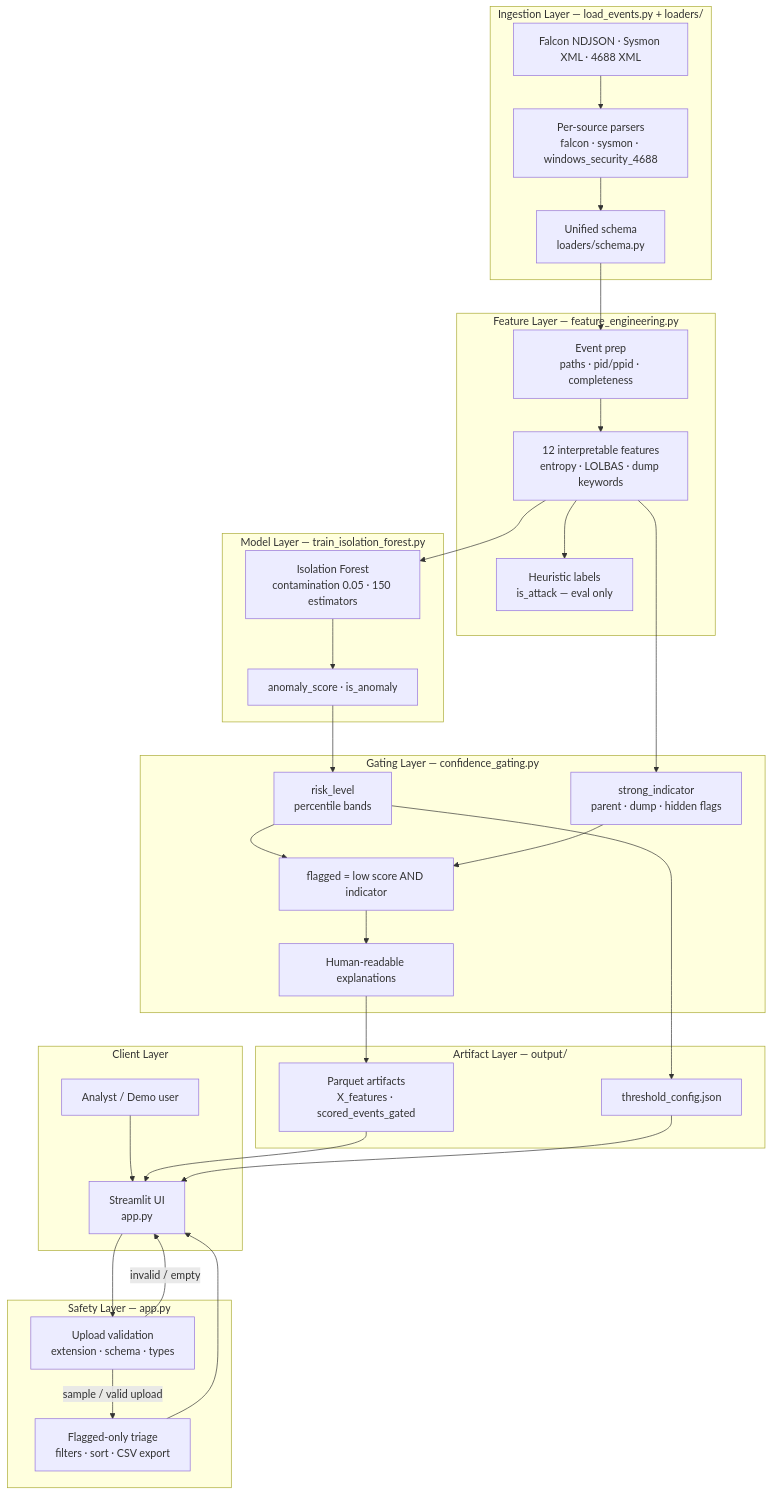
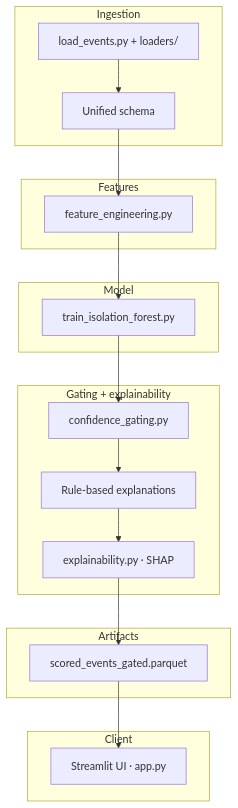
Before and after one commit to rvong65/breach-precursor-detector: the second of 3 diagrams in README.md, drawn with Mermaid. The commit also changed other lines of this file and 22 other files, not shown here.

Commit message:
Add SHAP explainability, Docker, branding, architecture docs

````diff
--- a/README.md
+++ b/README.md
@@ -165,60 +246,32 @@
 ```mermaid
 flowchart TB
-    subgraph Client["Client Layer"]
-        U[Analyst / Demo user]
-        UI[Streamlit UI<br/>app.py]
+    subgraph Client["Client"]
+        UI[Streamlit UI · app.py]
     end
 
-    subgraph Ingest["Ingestion Layer — load_events.py + loaders/"]
-        RAW[Falcon NDJSON · Sysmon XML · 4688 XML]
-        LOAD[Per-source parsers<br/>falcon · sysmon · windows_security_4688]
-        SCHEMA[Unified schema<br/>loaders/schema.py]
+    subgraph Ingest["Ingestion"]
+        LOAD[load_events.py + loaders/]
+        SCHEMA[Unified schema]
     end
 
-    subgraph Features["Feature Layer — feature_engineering.py"]
-        PREP[Event prep<br/>paths · pid/ppid · completeness]
-        FEAT[12 interpretable features<br/>entropy · LOLBAS · dump keywords]
-        LABEL[Heuristic labels<br/>is_attack — eval only]
+    subgraph Features["Features"]
+        FEAT[feature_engineering.py]
     end
 
-    subgraph Model["Model Layer — train_isolation_forest.py"]
-        IF[Isolation Forest<br/>contamination 0.05 · 150 estimators]
-        SCORE[anomaly_score · is_anomaly]
+    subgraph Model["Model"]
+        IF[train_isolation_forest.py]
     end
 
-    subgraph Gating["Gating Layer — confidence_gating.py"]
-        RISK[risk_level<br/>percentile bands]
-        STRONG[strong_indicator<br/>parent · dump · hidden flags]
-        FLAG[flagged = low score AND indicator]
-        EXP[Human-readable explanations]
+    subgraph Gating["Gating + explainability"]
+        GATE[confidence_gating.py]
+        RULES[Rule-based explanations]
+        SHAP[explainability.py · SHAP]
     end
 
-    subgraph Artifacts["Artifact Layer — output/"]
-        PARQ[Parquet artifacts<br/>X_features · scored_events_gated]
-        CFG[threshold_config.json]
+    subgraph Artifacts["Artifacts"]
+        PARQ[scored_events_gated.parquet]
     end
 
-    subgraph Guard["Safety Layer — app.py"]
-        VAL[Upload validation<br/>extension · schema · types]
-        TRIAGE[Flagged-only triage<br/>filters · sort · CSV export]
-    end
-
-    U --> UI
-    UI --> VAL
-    VAL -->|sample / valid upload| TRIAGE
-    VAL -->|invalid / empty| UI
-    RAW --> LOAD --> SCHEMA --> PREP --> FEAT
-    FEAT --> LABEL
-    FEAT --> IF
-    IF --> SCORE
-    SCORE --> RISK
-    FEAT --> STRONG
-    RISK --> FLAG
-    STRONG --> FLAG
-    FLAG --> EXP
-    EXP --> PARQ
-    RISK --> CFG
-    PARQ --> UI
-    CFG --> UI
-    TRIAGE --> UI
+    LOAD --> SCHEMA --> FEAT --> IF --> GATE
+    GATE --> RULES --> SHAP --> PARQ --> UI
 ```
````
